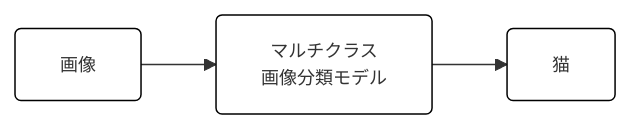
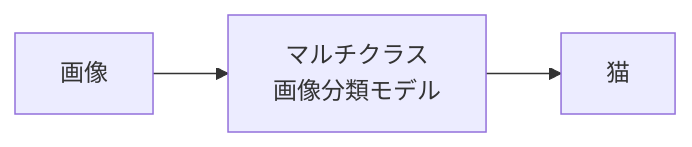
One commit to SatakeYusuke19920527/zenn changed the fifth of 8 diagrams in articles/azure_ml_intro.md. Above: the diagram before and after it, drawn with Mermaid. The commit also changed other lines of this file, not shown here.

````diff
--- a/articles/azure_ml_intro.md
+++ b/articles/azure_ml_intro.md
@@ -93,6 +93,4 @@
 ```mermaid
 flowchart LR
     img1[画像] --> cls1[マルチクラス<br/>画像分類モデル] --> lbl1[猫]
-    classDef nodeStyle fill:#fff,stroke:#000,rx:4,ry:4,font-size:12px;
-    class img1,cls1,lbl1 nodeStyle
 ```
````
